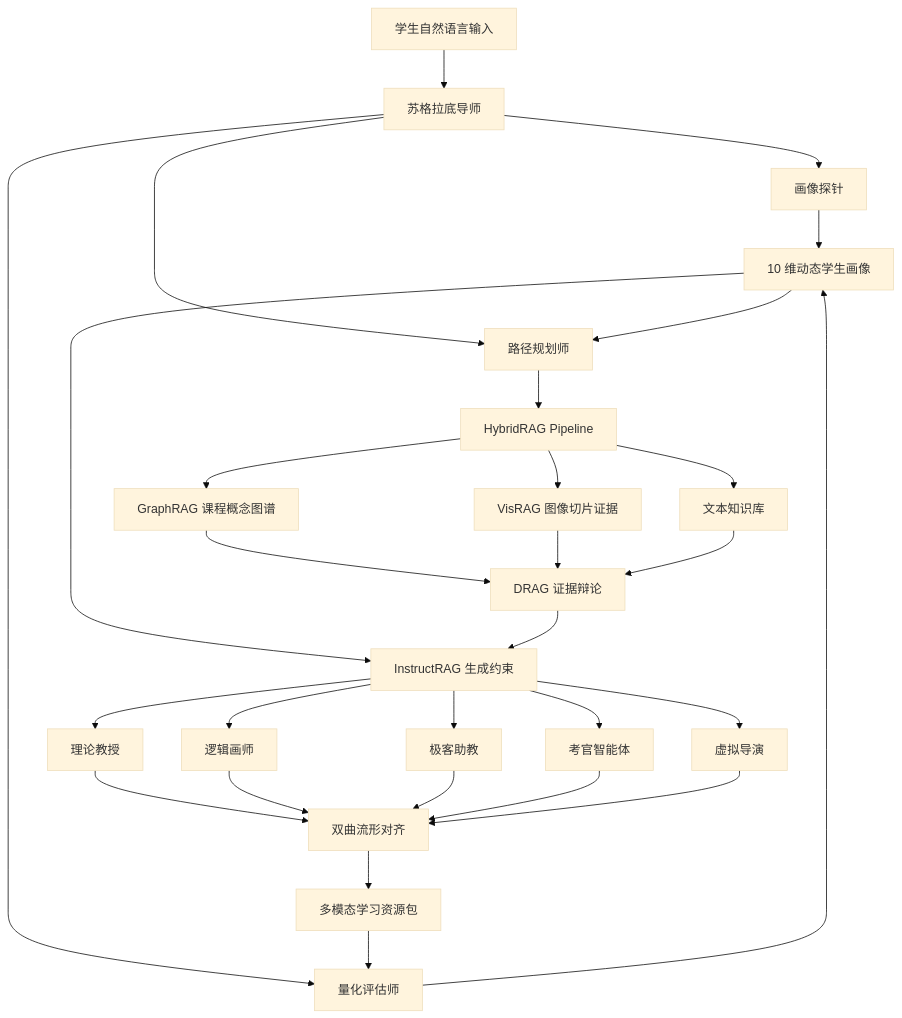
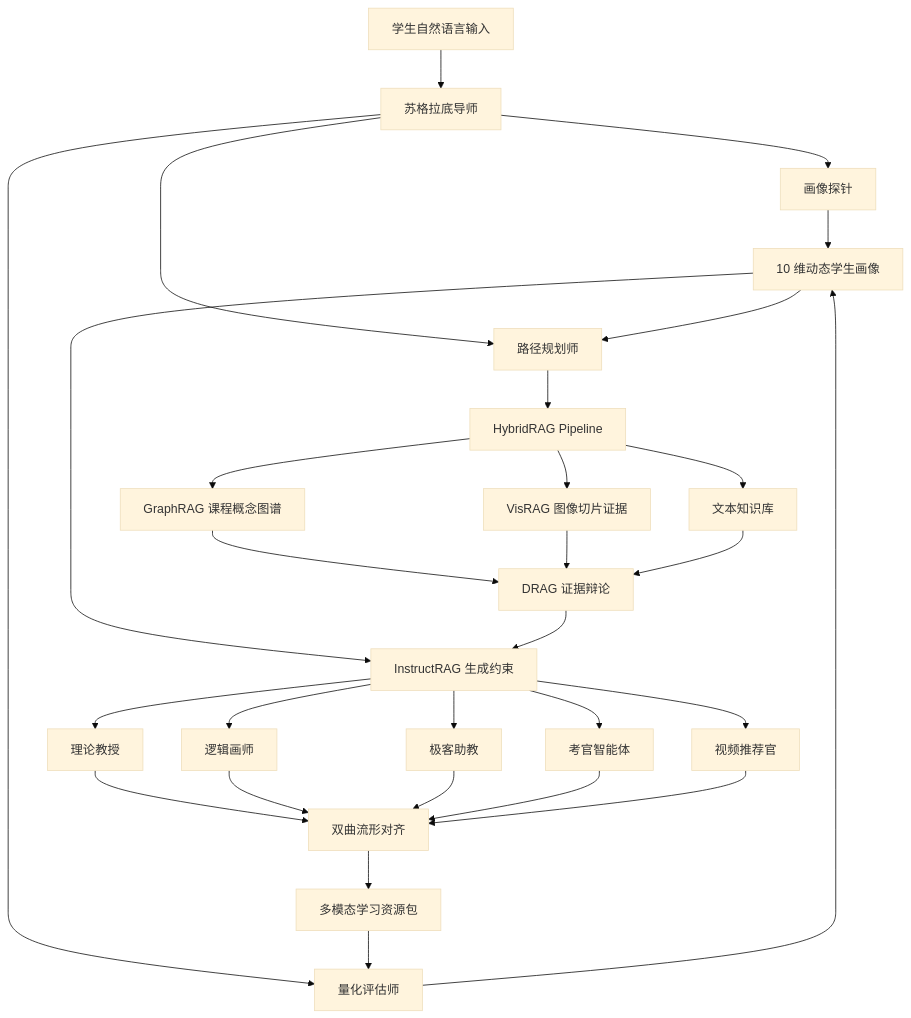
One commit to jkl-66/edumatrix changed the second of 3 diagrams in README.md. Above: the diagram before and after it, drawn with Mermaid (base theme). The commit also changed other lines of this file and 86 other files, not shown here.

````diff
--- a/README.md
+++ b/README.md
@@ -135,37 +136,37 @@
 ```mermaid
 flowchart TB
     U[学生自然语言输入] --> T[苏格拉底导师]
     T --> P[画像探针]
     T --> Z[路径规划师]
     T --> E[量化评估师]
 
     P --> SP[10 维动态学生画像]
     SP --> Z
     SP --> G[InstructRAG 生成约束]
 
     Z --> R[HybridRAG Pipeline]
     R --> GR[GraphRAG 课程概念图谱]
     R --> VR[VisRAG 图像切片证据]
     R --> TX[文本知识库]
 
     GR --> D[DRAG 证据辩论]
     VR --> D
     TX --> D
 
     D --> G
     G --> A1[理论教授]
     G --> A2[逻辑画师]
     G --> A3[极客助教]
     G --> A4[考官智能体]
-    G --> A5[虚拟导演]
+    G --> A5[视频推荐官]
 
     A1 --> M[双曲流形对齐]
     A2 --> M
     A3 --> M
     A4 --> M
     A5 --> M
 
     M --> O[多模态学习资源包]
     O --> E
     E --> SP
 ```
````
